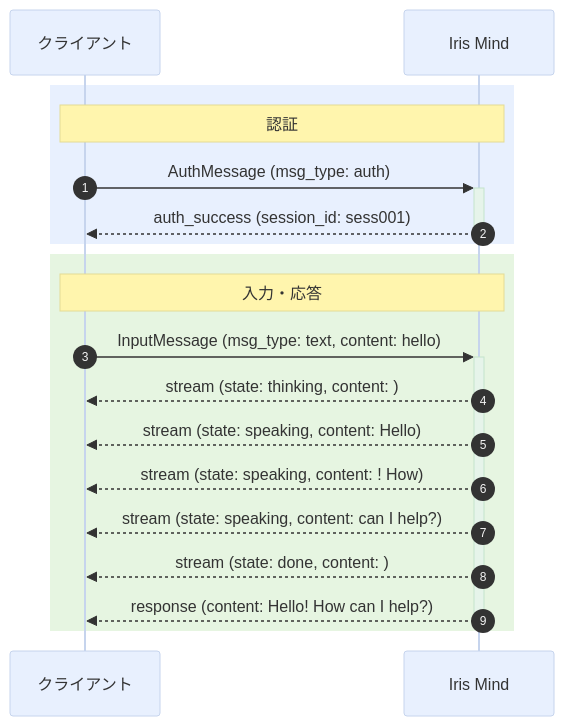
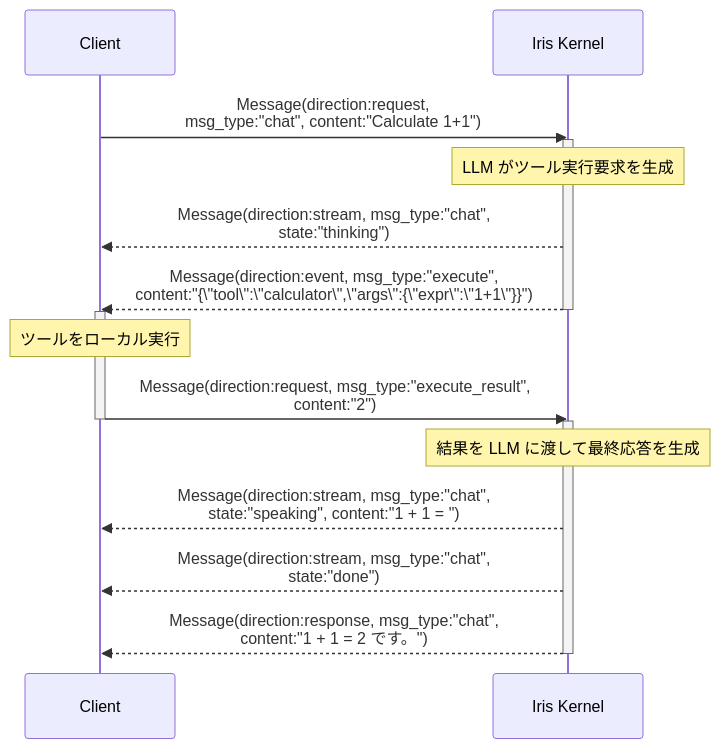
Before and after one commit to ibukani/iris-mind: the fourth of 4 diagrams in docs/ipc-spec.md, drawn with Mermaid. The commit also changed other lines of this file and 22 other files, not shown here.

````diff
--- a/docs/ipc-spec.md
+++ b/docs/ipc-spec.md
@@ -108,24 +300,22 @@
 ```mermaid
-%%{init: {'theme': 'base', 'themeVariables': { 'primaryColor': '#e8f0fe', 'secondaryColor': '#e6f4ea', 'tertiaryColor': '#fef7e0' }}}%%
 sequenceDiagram
-    autonumber
-    participant Client as クライアント
-    participant Kernel as Iris Mind
+    participant Client
+    participant Kernel as Iris Kernel
 
-    rect rgb(232, 240, 254)
-        Note over Client,Kernel: 認証
-        Client->>+Kernel: AuthMessage (msg_type: auth)
-        Kernel-->>-Client: auth_success (session_id: sess001)
-    end
-
-    rect rgb(230, 245, 225)
-        Note over Client,Kernel: 入力・応答
-        Client->>+Kernel: InputMessage (msg_type: text, content: hello)
-        Kernel-->>Client: stream (state: thinking, content: )
-        Kernel-->>Client: stream (state: speaking, content: Hello)
-        Kernel-->>Client: stream (state: speaking, content: ! How)
-        Kernel-->>Client: stream (state: speaking, content:  can I help?)
-        Kernel-->>Client: stream (state: done, content: )
-        Kernel-->>-Client: response (content: Hello! How can I help?)
-    end
+    Client->>Kernel: Message(direction:request,<br/>msg_type:"chat", content:"Calculate 1+1")
+    activate Kernel
+    Note over Kernel: LLM がツール実行要求を生成
+    Kernel-->>Client: Message(direction:stream, msg_type:"chat",<br/>state:"thinking")
+    Kernel-->>Client: Message(direction:event, msg_type:"execute",<br/>content:"{\"tool\":\"calculator\",\"args\":{\"expr\":\"1+1\"}}")
+    deactivate Kernel
+    activate Client
+    Note over Client: ツールをローカル実行
+    Client->>Kernel: Message(direction:request, msg_type:"execute_result",<br/>content:"2")
+    deactivate Client
+    activate Kernel
+    Note over Kernel: 結果を LLM に渡して最終応答を生成
+    Kernel-->>Client: Message(direction:stream, msg_type:"chat",<br/>state:"speaking", content:"1 + 1 = ")
+    Kernel-->>Client: Message(direction:stream, msg_type:"chat",<br/>state:"done")
+    Kernel-->>Client: Message(direction:response, msg_type:"chat",<br/>content:"1 + 1 = 2 です。")
+    deactivate Kernel
 ```
````
